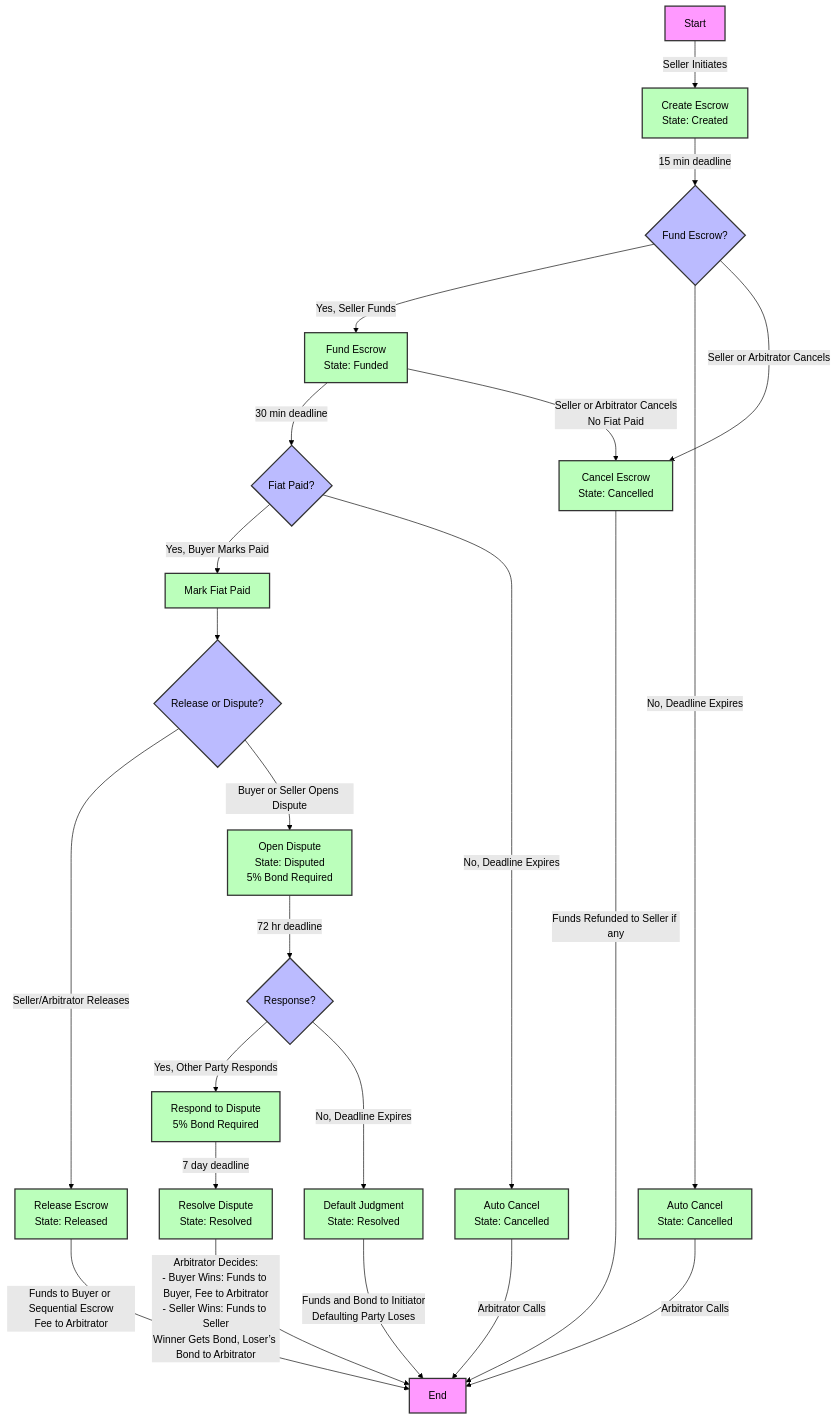
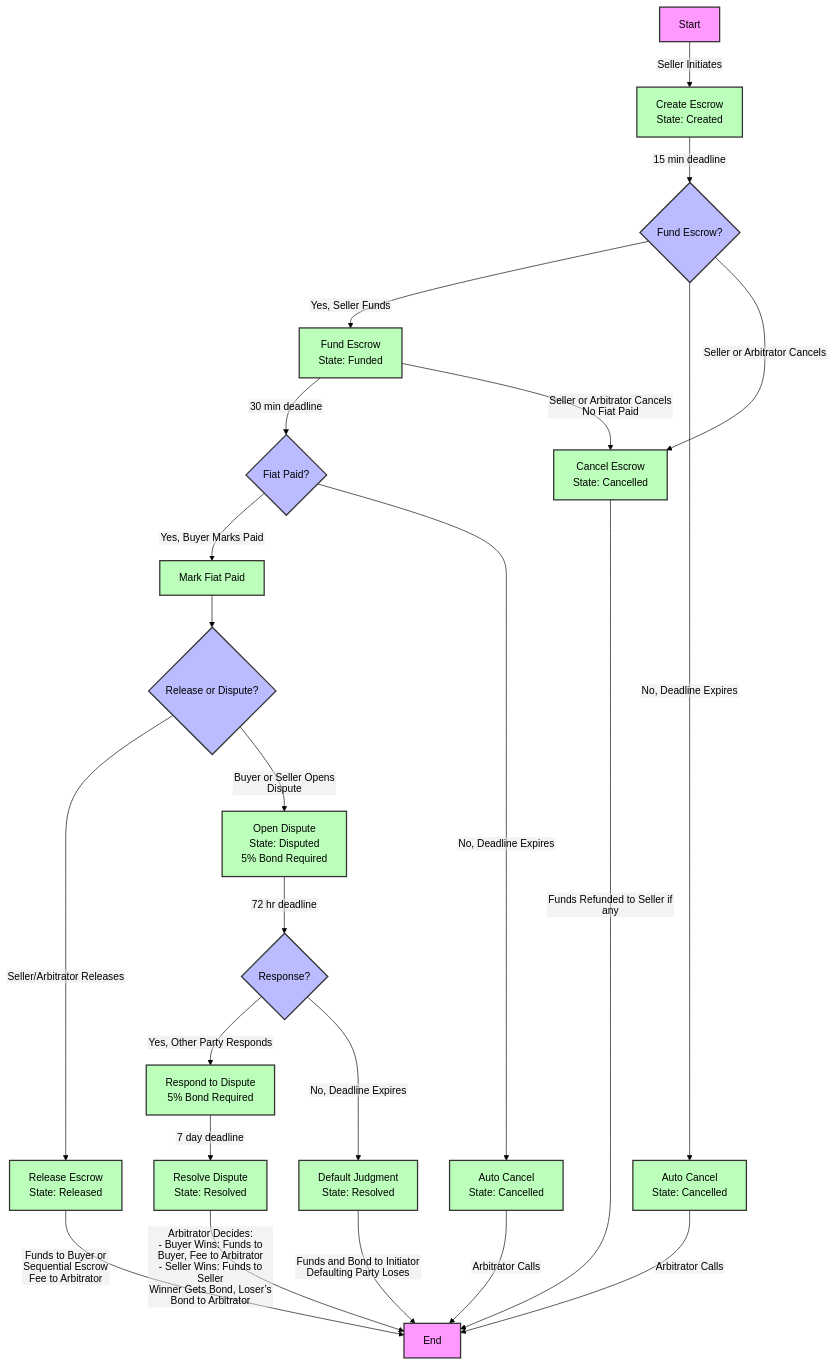
One commit to Panmoni/localsolana-contracts changed the diagram in README.md. Above: the diagram before and after it, drawn with Mermaid (forest theme).

Commit message:
add init code to get linebreaks working in mmd

````diff
--- a/README.md
+++ b/README.md
@@ -133,50 +133,51 @@
 ```mermaid
+%%{init: {"flowchart": {"htmlLabels": false}} }%%
 graph TD
     A[Start] -->|Seller Initiates| B[Create Escrow\nState: Created]
     B -->|15 min deadline| C{Fund Escrow?}
 
     %% Funding Path
     C -->|Yes, Seller Funds| D[Fund Escrow\nState: Funded]
     C -->|No, Deadline Expires| E[Auto Cancel\nState: Cancelled]
     D -->|30 min deadline| F{Fiat Paid?}
 
     %% Fiat Paid Path
     F -->|Yes, Buyer Marks Paid| G[Mark Fiat Paid]
     F -->|No, Deadline Expires| H[Auto Cancel\nState: Cancelled]
     G --> I{Release or Dispute?}
 
     %% Release Path
     I -->|Seller/Arbitrator Releases| J[Release Escrow\nState: Released]
     J -->|Funds to Buyer or Sequential Escrow\nFee to Arbitrator| K[End]
 
     %% Cancel Path
     C -->|Seller or Arbitrator Cancels| L[Cancel Escrow\nState: Cancelled]
     D -->|Seller or Arbitrator Cancels\nNo Fiat Paid| L
     L -->|Funds Refunded to Seller if any| K
 
     %% Dispute Path
     I -->|Buyer or Seller Opens Dispute| M[Open Dispute\nState: Disputed\n5% Bond Required]
     M -->|72 hr deadline| N{Response?}
 
     %% Dispute Response
     N -->|Yes, Other Party Responds| O[Respond to Dispute\n5% Bond Required]
     N -->|No, Deadline Expires| P[Default Judgment\nState: Resolved]
     P -->|Funds and Bond to Initiator\nDefaulting Party Loses| K
 
     %% Dispute Resolution
     O -->|7 day deadline| Q[Resolve Dispute\nState: Resolved]
     Q -->|Arbitrator Decides:\n- Buyer Wins: Funds to Buyer, Fee to Arbitrator\n- Seller Wins: Funds to Seller\nWinner Gets Bond, Loser’s Bond to Arbitrator| K
 
     %% Auto Cancel by Arbitrator
     E -->|Arbitrator Calls| K
     H -->|Arbitrator Calls| K
 
     %% Styling
     classDef terminal fill:#f9f,stroke:#333,stroke-width:2px
     classDef decision fill:#bbf,stroke:#333,stroke-width:2px
     classDef process fill:#bfb,stroke:#333,stroke-width:2px
 
     class A,K terminal
     class C,F,I,N decision
     class B,D,G,J,L,M,O,P,Q,E,H process
 ```
````
